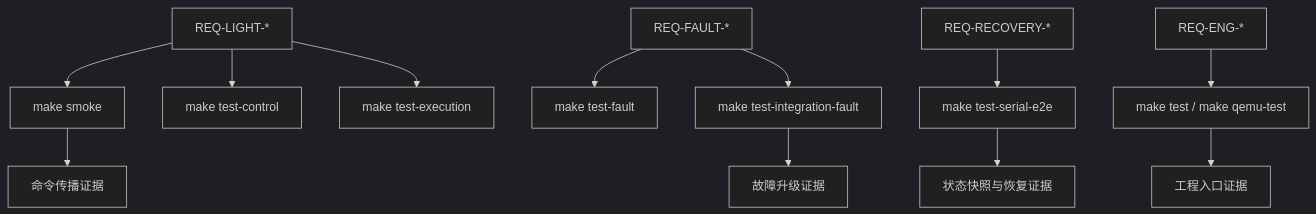
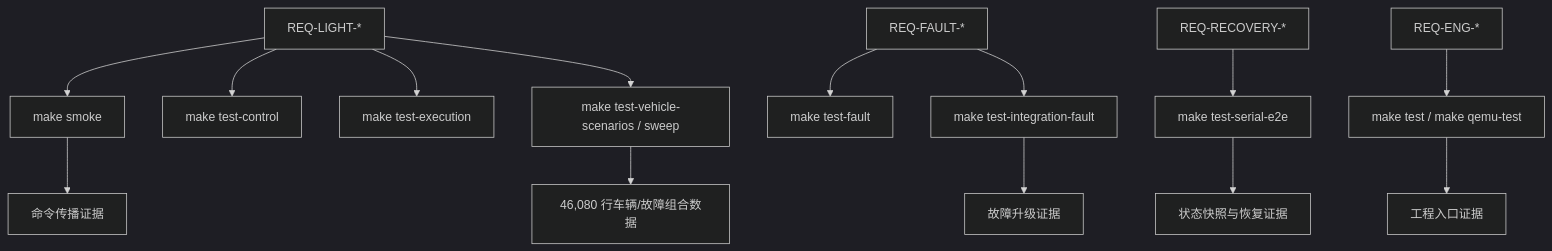
The second of 2 diagrams in project-docs/5.需求-设计-实现-测试追踪矩阵.md (CHEN2003-CHIP/sel4-LightCTRL), drawn with Mermaid (dark theme) before and after one commit. The commit also changed other lines of this file and 10 other files, not shown here.

````diff
--- a/project-docs/5.需求-设计-实现-测试追踪矩阵.md
+++ b/project-docs/5.需求-设计-实现-测试追踪矩阵.md
@@ -70,15 +75,17 @@
 ```mermaid
 flowchart TD
     A["REQ-LIGHT-*"] --> T1["make smoke"]
     A --> T2["make test-control"]
     A --> T3["make test-execution"]
     B["REQ-FAULT-*"] --> T4["make test-fault"]
     B --> T5["make test-integration-fault"]
     C["REQ-RECOVERY-*"] --> T6["make test-serial-e2e"]
     D["REQ-ENG-*"] --> T7["make test / make qemu-test"]
+    A --> T8["make test-vehicle-scenarios / sweep"]
 
     T1 --> E["命令传播证据"]
     T5 --> F["故障升级证据"]
     T6 --> G["状态快照与恢复证据"]
     T7 --> H["工程入口证据"]
+    T8 --> I["46,080 行车辆/故障组合数据"]
 ```
````
